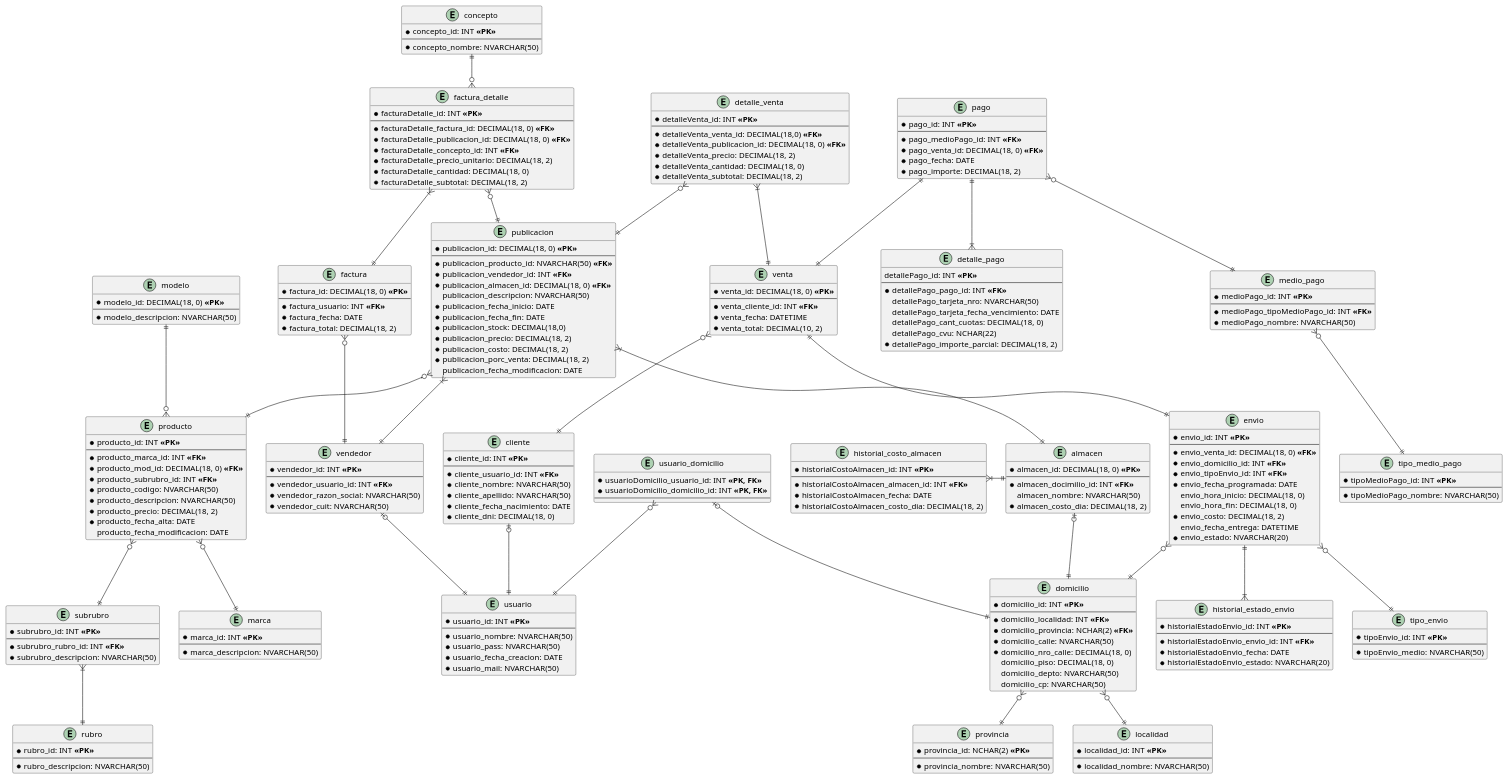
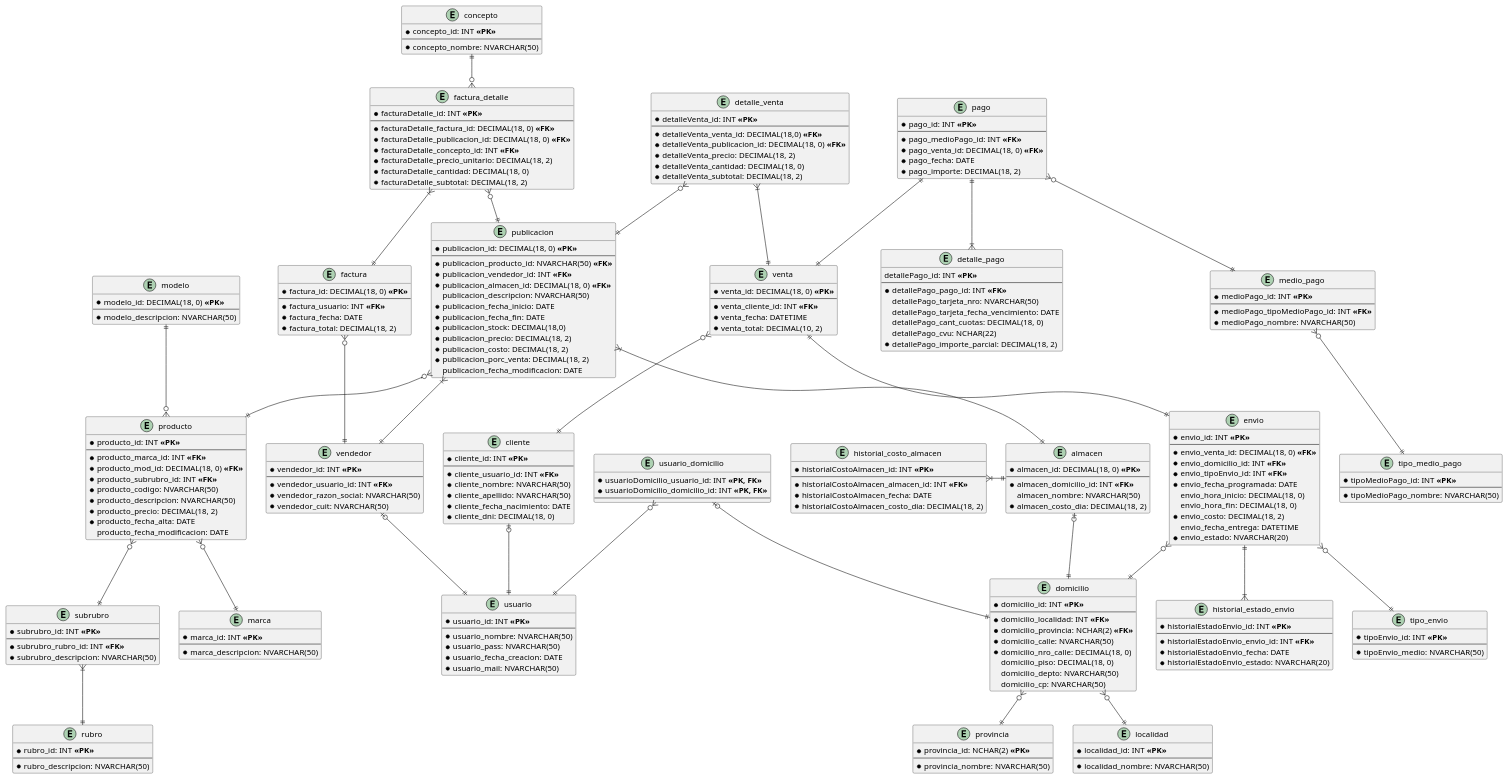
Before and after one commit to eitan-wajsberg/tp-gdd-2024-2C: the diagram in diagramas/diagrama-entidad-relacion-inicial.puml, drawn with PlantUML. The commit also changed 1 other file, not shown here.

Commit message:
diagrama: correccion de algunas FKs

```diff
--- a/diagramas/diagrama-entidad-relacion-inicial.puml
+++ b/diagramas/diagrama-entidad-relacion-inicial.puml
@@ -65,7 +65,7 @@
 entity "almacen" {
   * almacen_id: DECIMAL(18, 0) **<<PK>>**
   --
-    * almacen_docimilio_id: INT **<<FK>>**
+    * almacen_domicilio_id: INT **<<FK>>**
     almacen_nombre: NVARCHAR(50)
     * almacen_costo_dia: DECIMAL(18, 2)
 }
```
